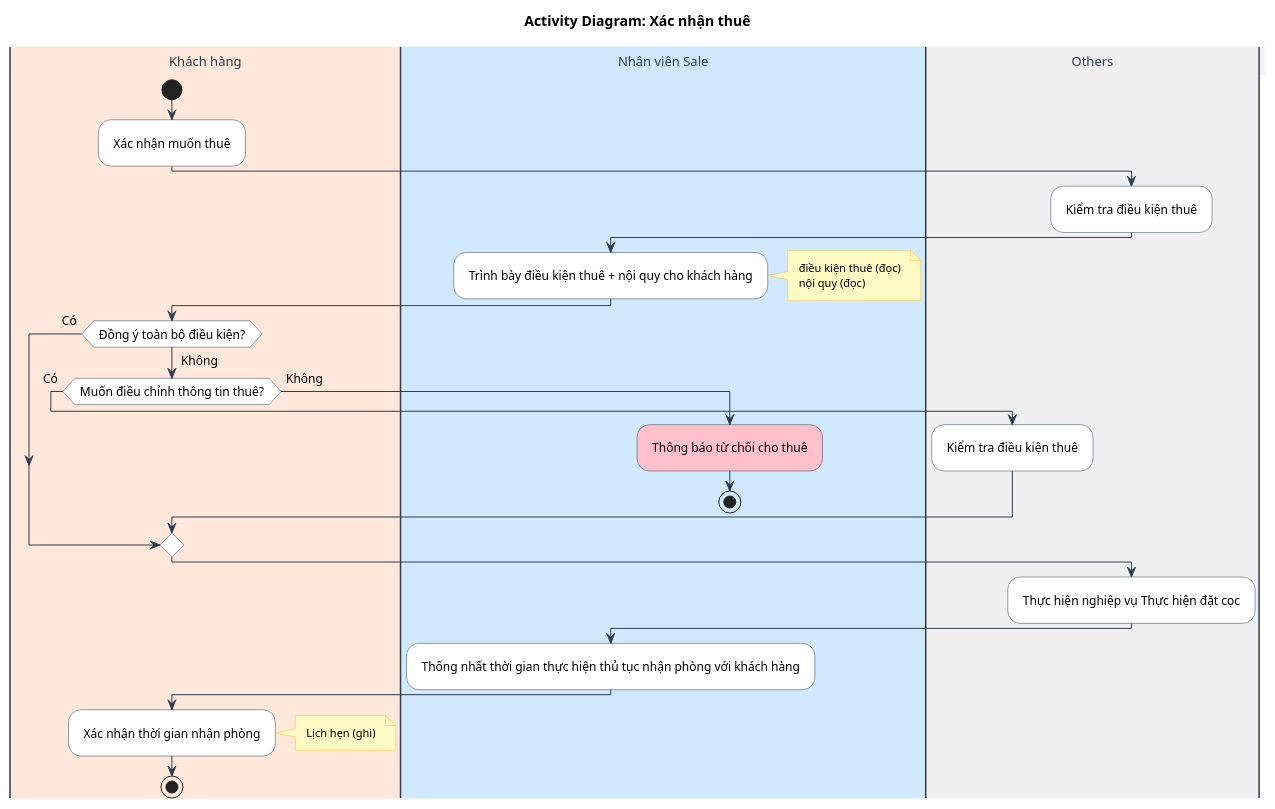
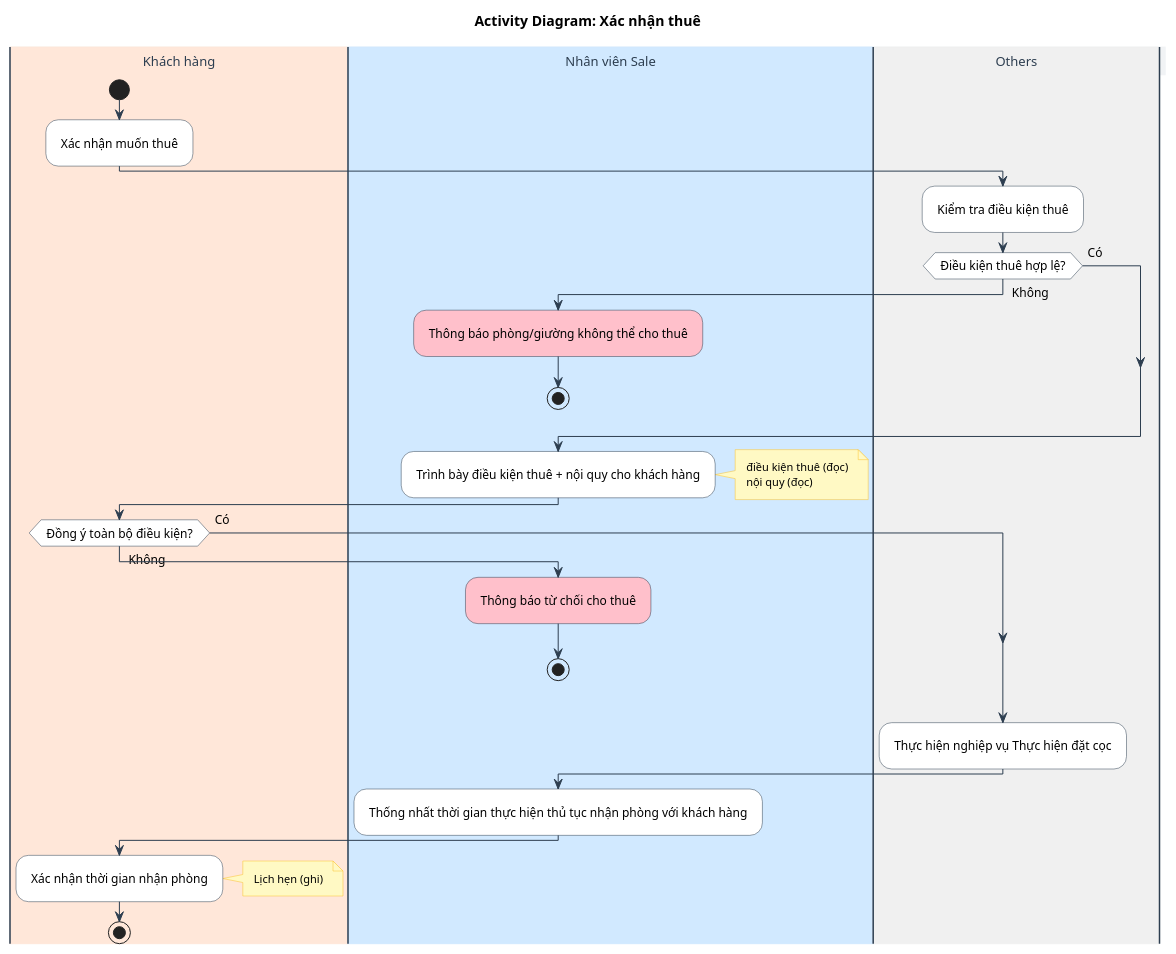
Before and after one commit to Gnourt812005/HCMUS-Analyze-and-desgin-IS: the diagram in doc/business/activity/xac_nhan_thue.wsd, drawn with PlantUML. The commit also changed 2 other files, not shown here.

Commit message:
activity/bao: Sửa lại quy trình cho phù hợp với thực thể nghiệp vụ và quy trình

```diff
--- a/doc/business/activity/xac_nhan_thue.wsd
+++ b/doc/business/activity/xac_nhan_thue.wsd
@@ -1,76 +1,73 @@
 @startuml XacNhanThue
 title Activity Diagram: Xác nhận thuê
 
 ' --- STYLE CONFIGURATION ---
 skinparam {
     ActivityBackgroundColor White
     ActivityBorderColor #2D3E50
     ArrowColor #2D3E50
     DefaultFontName "Arial"
     DefaultFontSize 12
     Padding 5
 
     ' Swimlane styling
     SwimlaneBorderColor #2D3E50
     SwimlaneTitleBackgroundColor #F1F3F5
     SwimlaneTitleFontSize 13
     SwimlaneTitleFontColor #2D3E50
     
     ' Note styling
     NoteBackgroundColor #FFF9C4
     NoteBorderColor #FBC02D
     NoteFontSize 11
 }
 
 ' --- SWIMLANES ---
 |#FFE7D9|Khách hàng|
 |#D1E9FF|Nhân viên Sale|
 |#F0F0F0|Others|
 
 
 |Khách hàng|
 start
 :Xác nhận muốn thuê;
 
 |Others|
 :Kiểm tra điều kiện thuê;
 
+if (Điều kiện thuê hợp lệ?) then (Không)
+  |Nhân viên Sale|
+  #Pink:Thông báo phòng/giường không thể cho thuê;
+  stop
+else (Có)
+endif
+
 |Nhân viên Sale|
 :Trình bày điều kiện thuê + nội quy cho khách hàng;
 note right
     điều kiện thuê (đọc)
     nội quy (đọc)
 end note
 
 |Khách hàng|
 if (Đồng ý toàn bộ điều kiện?) then (Không)
-
-  if (Muốn điều chỉnh thông tin thuê?) then (Có)
-
-    |Others|
-    :Kiểm tra điều kiện thuê;
-
-  else (Không)
-
     |Nhân viên Sale|
     #Pink:Thông báo từ chối cho thuê;
     stop
-
-  endif
   else (Có)
 endif
 
 |Others|
 :Thực hiện nghiệp vụ Thực hiện đặt cọc;
 
 |Nhân viên Sale|
 :Thống nhất thời gian thực hiện thủ tục nhận phòng với khách hàng;
 
 |Khách hàng|
 :Xác nhận thời gian nhận phòng;
 note right
     Lịch hẹn (ghi)
 end note
 
 stop
 @enduml
```
